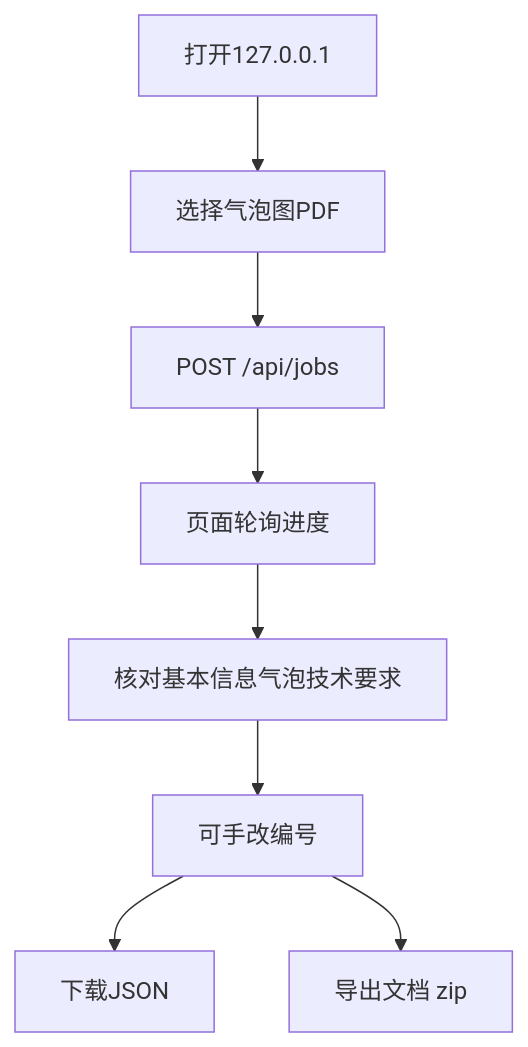
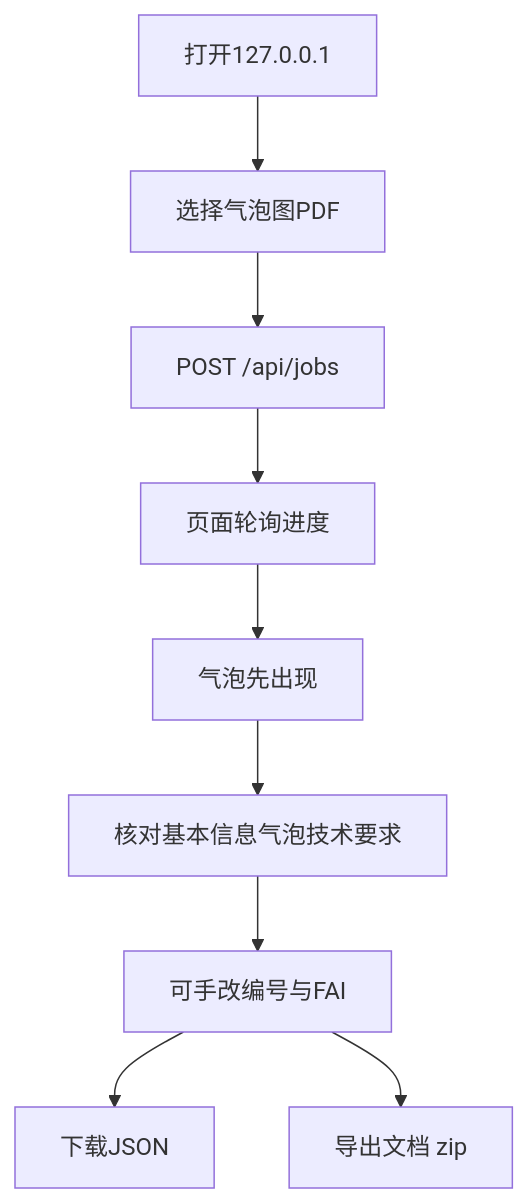
One commit to RJ2045-PRC/SCE-af changed the first of 3 diagrams in docs/05-flow.md. Above: the diagram before and after it, drawn with Mermaid. The commit also changed other lines of this file and 64 other files, not shown here.

````diff
--- a/docs/05-flow.md
+++ b/docs/05-flow.md
@@ -7,10 +7,11 @@
 ```mermaid
 flowchart TD
   openPage[打开127.0.0.1] --> pickPdf[选择气泡图PDF]
   pickPdf --> upload["POST /api/jobs"]
   upload --> waitJob[页面轮询进度]
-  waitJob --> review[核对基本信息气泡技术要求]
-  review --> editHeader[可手改编号]
-  editHeader --> download[下载JSON]
-  editHeader --> exportDocs["导出文档 zip"]
+  waitJob --> bubblesFirst[气泡先出现]
+  bubblesFirst --> review[核对基本信息气泡技术要求]
+  review --> editRows[可手改编号与FAI]
+  editRows --> download[下载JSON]
+  editRows --> exportDocs["导出文档 zip"]
 ```
````
